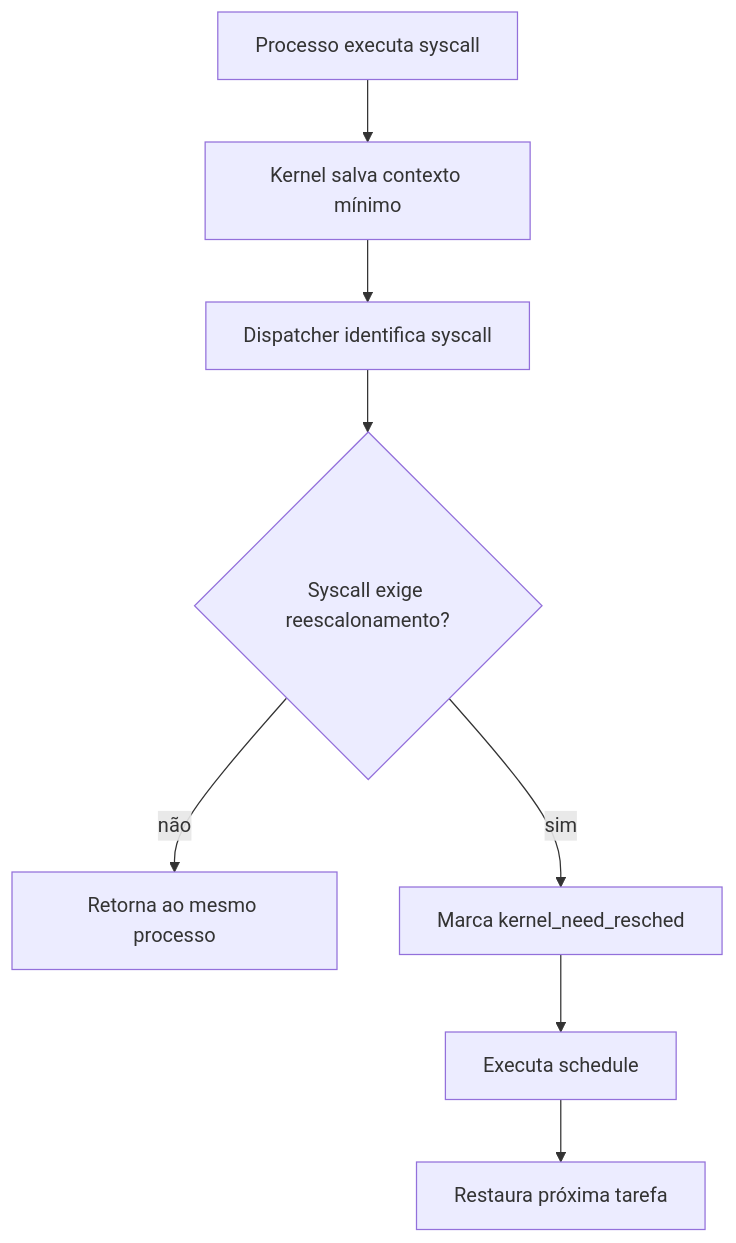
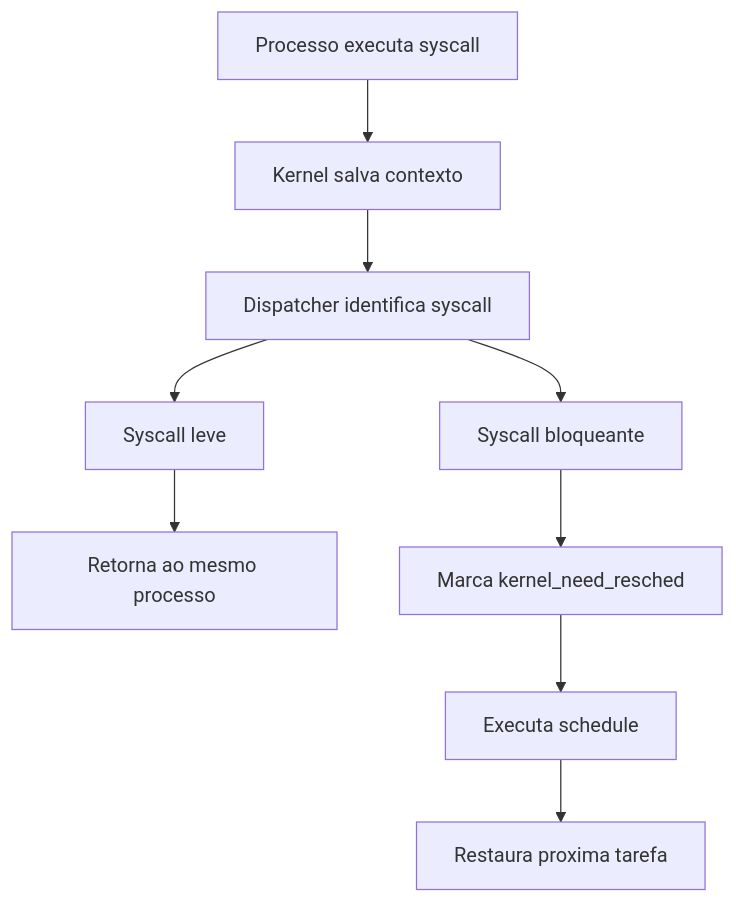
The sixth of 6 diagrams in README.md (garme/cafe_os), drawn with Mermaid before and after one commit. The commit also changed other lines of this file, not shown here.

````diff
--- a/README.md
+++ b/README.md
@@ -576,10 +539,11 @@
 ```mermaid
-flowchart TD
-    A[Processo executa syscall] --> B[Kernel salva contexto mínimo]
-    B --> C[Dispatcher identifica syscall]
-    C --> D{Syscall exige reescalonamento?}
-    D -- não --> E[Retorna ao mesmo processo]
-    D -- sim --> F[Marca kernel_need_resched]
-    F --> G[Executa schedule]
-    G --> H[Restaura próxima tarefa]
+graph TD
+    SYSCALL[Processo executa syscall] --> SAVE[Kernel salva contexto]
+    SAVE --> DISPATCH[Dispatcher identifica syscall]
+    DISPATCH --> LIGHT[Syscall leve]
+    DISPATCH --> BLOCK[Syscall bloqueante]
+    LIGHT --> SAME[Retorna ao mesmo processo]
+    BLOCK --> NEED[Marca kernel_need_resched]
+    NEED --> SCHED[Executa schedule]
+    SCHED --> NEXT[Restaura proxima tarefa]
 ```
````
